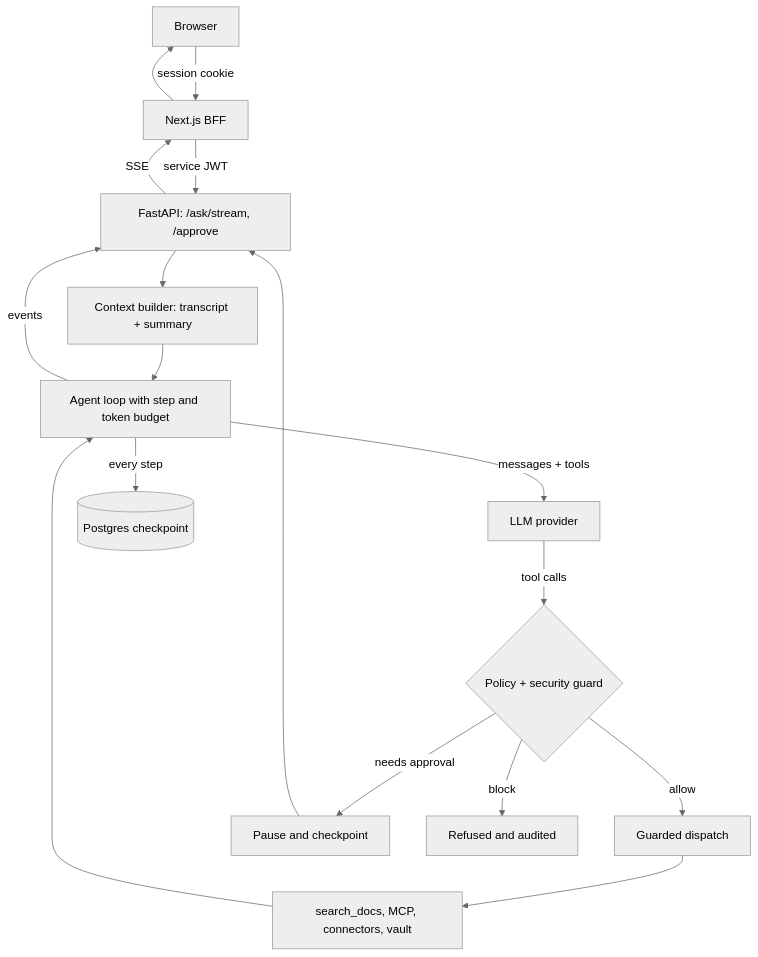
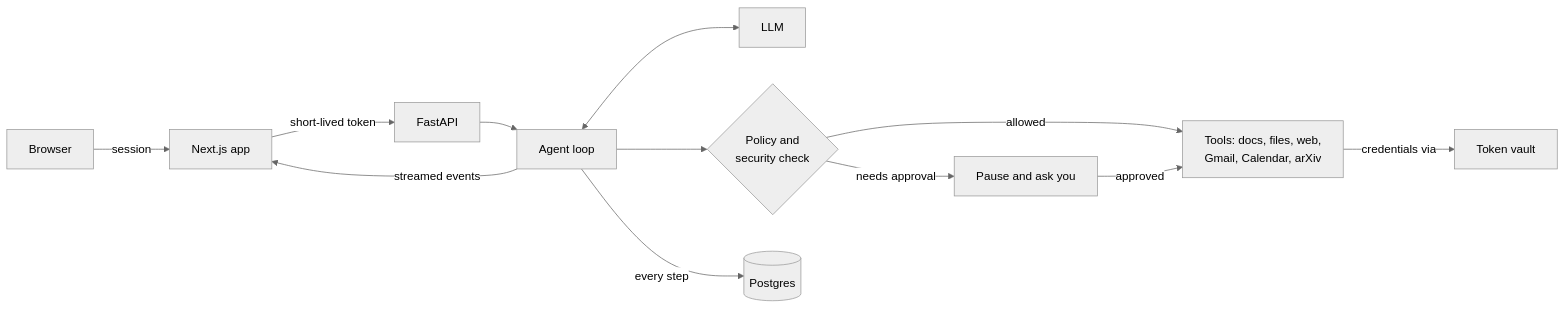
The diagram in README.md (aasimmalikin/hangul), drawn with Mermaid (neutral theme) before and after one commit. The commit also changed other lines of this file and 24 other files, not shown here.

````diff
--- a/README.md
+++ b/README.md
@@ -212,18 +153,14 @@
 ```mermaid
-flowchart TD
-    C[Browser] -->|session cookie| BFF[Next.js BFF]
-    BFF -->|service JWT| API[FastAPI: /ask/stream, /approve]
-    API --> CTX[Context builder: transcript + summary]
-    CTX --> LOOP[Agent loop with step and token budget]
-    LOOP -->|messages + tools| LLM[LLM provider]
-    LLM -->|tool calls| SEC{Policy + security guard}
-    SEC -->|allow| DISP[Guarded dispatch]
-    SEC -->|needs approval| HALT[Pause and checkpoint]
-    SEC -->|block| BLOCK[Refused and audited]
-    DISP --> TOOLS[search_docs, MCP, connectors, vault]
-    TOOLS --> LOOP
-    LOOP -->|every step| CP[(Postgres checkpoint)]
-    HALT --> API
-    LOOP -->|events| API
-    API -->|SSE| BFF --> C
+flowchart LR
+    U[Browser] -->|session| W[Next.js app]
+    W -->|short-lived token| A[FastAPI]
+    A --> L[Agent loop]
+    L <--> M[LLM]
+    L --> G{Policy and<br/>security check}
+    G -->|allowed| T[Tools: docs, files, web,<br/>Gmail, Calendar, arXiv]
+    G -->|needs approval| P[Pause and ask you]
+    P -->|approved| T
+    T -->|credentials via| V[Token vault]
+    L -->|every step| D[(Postgres)]
+    L -->|streamed events| W
 ```
````
